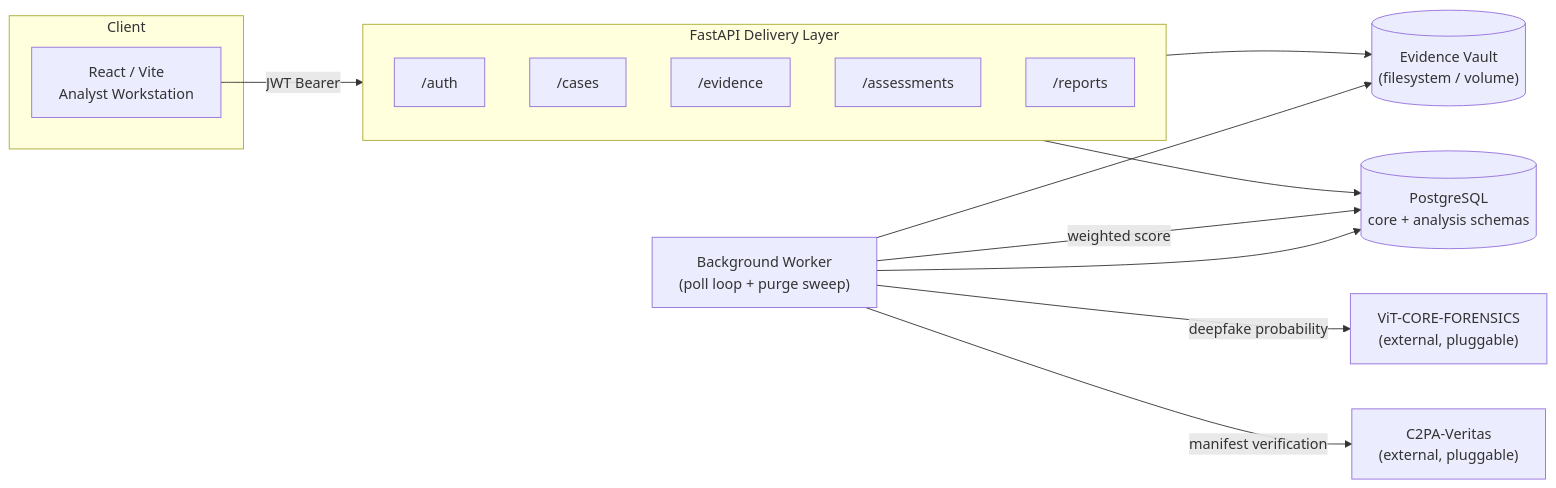
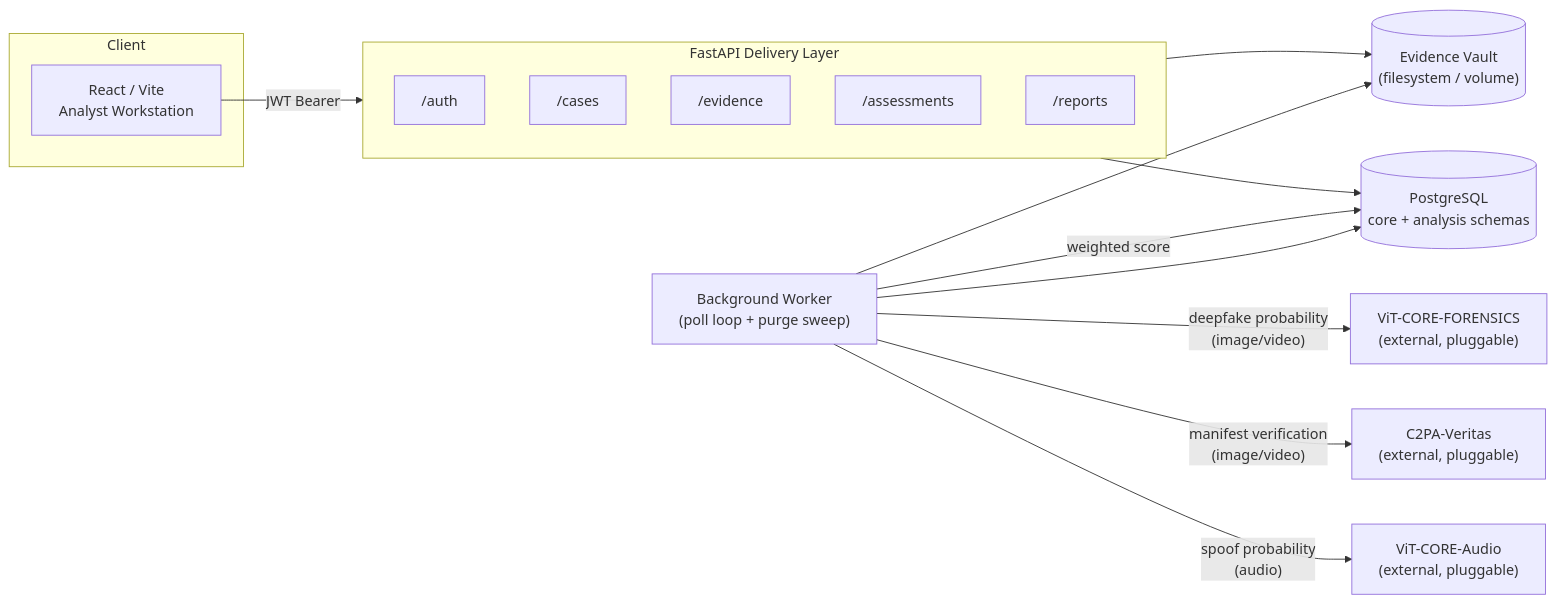
The diagram in README.md (niiomar/Veritas-Nexus), drawn with Mermaid before and after one commit. The commit also changed other lines of this file and 1 other file, not shown here.

First line of the commit message:
Document the audio forensics pipeline in the README and .env.example

````diff
--- a/README.md
+++ b/README.md
@@ -63,30 +63,32 @@
 ```mermaid
 flowchart LR
     subgraph Client
         FE["React / Vite<br/>Analyst Workstation"]
     end
 
     subgraph API["FastAPI Delivery Layer"]
         Auth["/auth"]
         Cases["/cases"]
         Evidence["/evidence"]
         Assessments["/assessments"]
         Reports["/reports"]
     end
 
     Worker["Background Worker<br/>(poll loop + purge sweep)"]
     DB[("PostgreSQL<br/>core + analysis schemas")]
     Vault[("Evidence Vault<br/>(filesystem / volume)")]
 
     ViT["ViT-CORE-FORENSICS<br/>(external, pluggable)"]
     C2PA["C2PA-Veritas<br/>(external, pluggable)"]
+    Audio["ViT-CORE-Audio<br/>(external, pluggable)"]
 
     FE -- "JWT Bearer" --> API
     API --> DB
     API --> Vault
     Worker --> DB
     Worker --> Vault
-    Worker -- "deepfake probability" --> ViT
-    Worker -- "manifest verification" --> C2PA
+    Worker -- "deepfake probability<br/>(image/video)" --> ViT
+    Worker -- "manifest verification<br/>(image/video)" --> C2PA
+    Worker -- "spoof probability<br/>(audio)" --> Audio
     Worker -- "weighted score" --> DB
 ```
````
